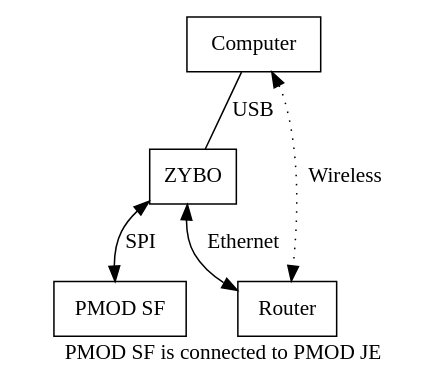
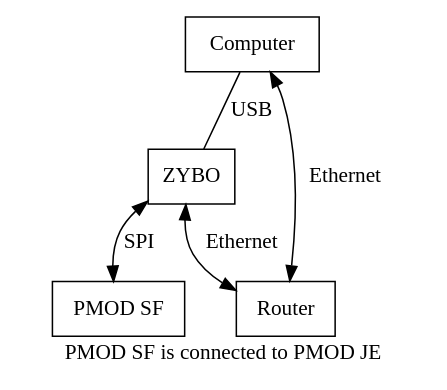
One commit to NuclearKev/SPI-Flash changed the diagram in block-design.dot. Above: the diagram before and after it, drawn with Graphviz. The commit also changed 1 other file, not shown here.

Commit message:
Changed from wireless to wired connection

```diff
--- a/block-design.dot
+++ b/block-design.dot
@@ -1,11 +1,11 @@
 strict digraph G {
         label="PMOD SF is connected to PMOD JE"
 	Computer  [shape=box]
 	ZYBO	  [shape=box]
 	SPI_Flash [shape=box, label="PMOD SF"]
 	Router    [shape=box]
 	Computer -> ZYBO [arrowhead=none, label="USB"]
-	Computer -> Router [dir=both, label="Wireless", style="dotted"]
+	Computer -> Router [dir=both, label="Ethernet"]
 	ZYBO -> SPI_Flash [dir=both, label="SPI"]
 	ZYBO -> Router [dir=both, label="Ethernet"]
 }
```
